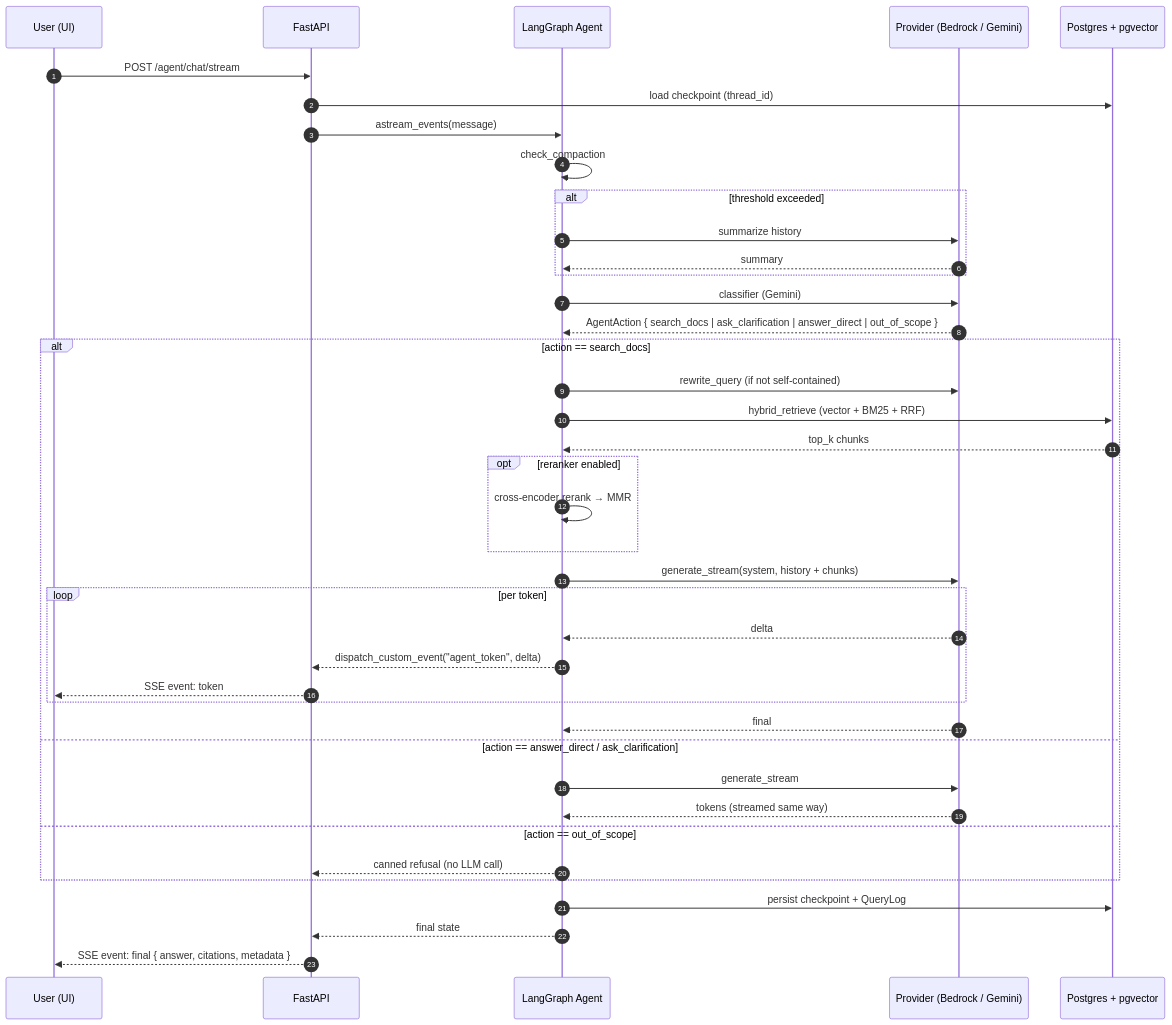
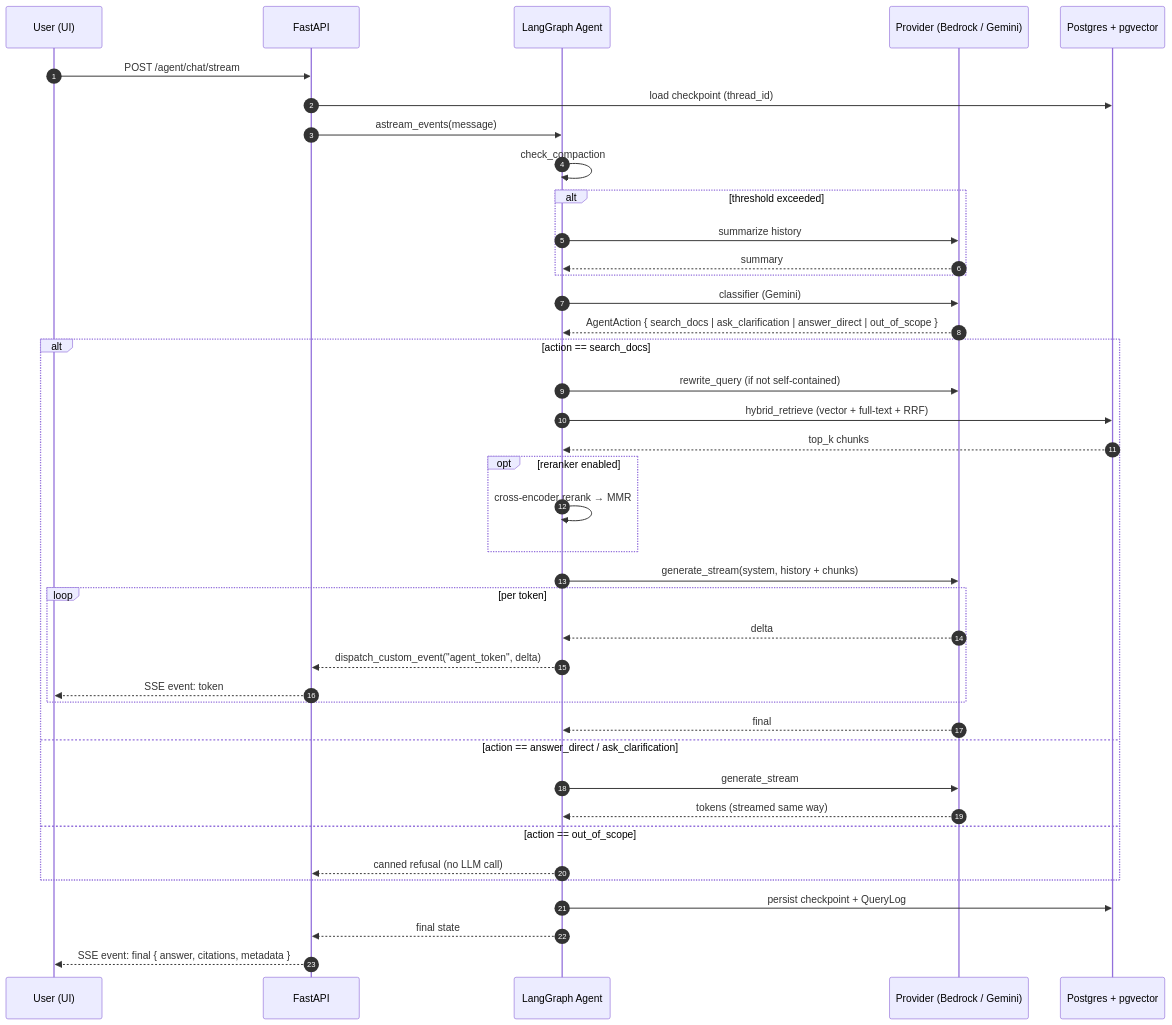
One commit to FrancoCazal/WhisperDocs changed the second of 4 diagrams in ARCHITECTURE.md. Above: the diagram before and after it, drawn with Mermaid. The commit also changed other lines of this file and 28 other files, not shown here.

````diff
--- a/ARCHITECTURE.md
+++ b/ARCHITECTURE.md
@@ -95,43 +95,43 @@
 ```mermaid
 sequenceDiagram
   autonumber
   participant U as User (UI)
   participant API as FastAPI
   participant G as LangGraph Agent
   participant LLM as Provider (Bedrock / Gemini)
   participant DB as Postgres + pgvector
 
   U->>API: POST /agent/chat/stream
   API->>DB: load checkpoint (thread_id)
   API->>G: astream_events(message)
   G->>G: check_compaction
   alt threshold exceeded
     G->>LLM: summarize history
     LLM-->>G: summary
   end
   G->>LLM: classifier (Gemini)
   LLM-->>G: AgentAction { search_docs | ask_clarification | answer_direct | out_of_scope }
   alt action == search_docs
     G->>LLM: rewrite_query (if not self-contained)
-    G->>DB: hybrid_retrieve (vector + BM25 + RRF)
+    G->>DB: hybrid_retrieve (vector + full-text + RRF)
     DB-->>G: top_k chunks
     opt reranker enabled
       G->>G: cross-encoder rerank → MMR
     end
     G->>LLM: generate_stream(system, history + chunks)
     loop per token
       LLM-->>G: delta
       G-->>API: dispatch_custom_event("agent_token", delta)
       API-->>U: SSE event: token
     end
     LLM-->>G: final
   else action == answer_direct / ask_clarification
     G->>LLM: generate_stream
     LLM-->>G: tokens (streamed same way)
   else action == out_of_scope
     G-->>API: canned refusal (no LLM call)
   end
   G->>DB: persist checkpoint + QueryLog
   G-->>API: final state
   API-->>U: SSE event: final { answer, citations, metadata }
 ```
````
